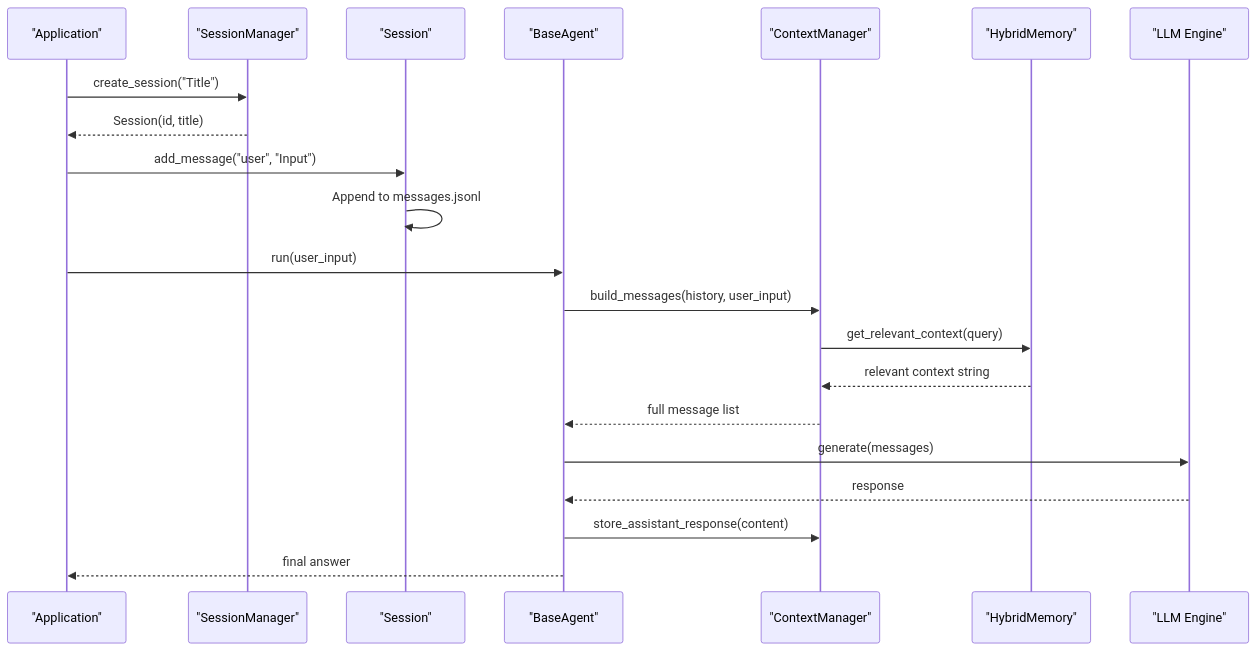
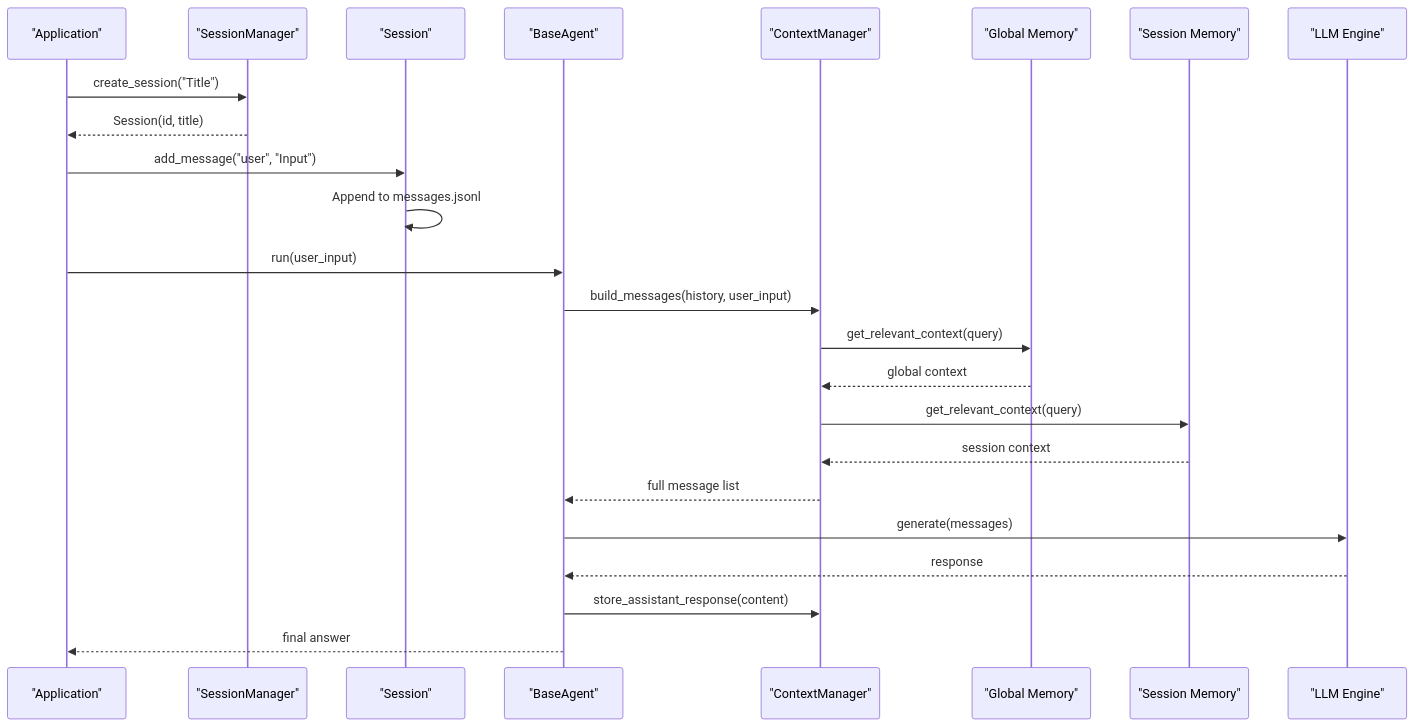
The second of 7 diagrams in .qoder/repowiki/en/content/Advanced Features/Session Management.md (1996Paul-Wen/HarnessAIDemo), drawn with Mermaid before and after one commit. The commit also changed other lines of this file and 4 other files, not shown here.

````diff
--- a/.qoder/repowiki/en/content/Advanced Features/Session Management.md
+++ b/.qoder/repowiki/en/content/Advanced Features/Session Management.md
@@ -111,23 +120,26 @@
 ```mermaid
 sequenceDiagram
 participant App as "Application"
 participant SM as "SessionManager"
 participant S as "Session"
 participant BA as "BaseAgent"
 participant CM as "ContextManager"
-participant MEM as "HybridMemory"
+participant GM as "Global Memory"
+participant SMem as "Session Memory"
 participant LLM as "LLM Engine"
 App->>SM : create_session("Title")
 SM-->>App : Session(id, title)
 App->>S : add_message("user", "Input")
 S->>S : Append to messages.jsonl
 App->>BA : run(user_input)
 BA->>CM : build_messages(history, user_input)
-CM->>MEM : get_relevant_context(query)
-MEM-->>CM : relevant context string
+CM->>GM : get_relevant_context(query)
+GM-->>CM : global context
+CM->>SMem : get_relevant_context(query)
+SMem-->>CM : session context
 CM-->>BA : full message list
 BA->>LLM : generate(messages)
 LLM-->>BA : response
 BA->>CM : store_assistant_response(content)
 BA-->>App : final answer
 ```
````
